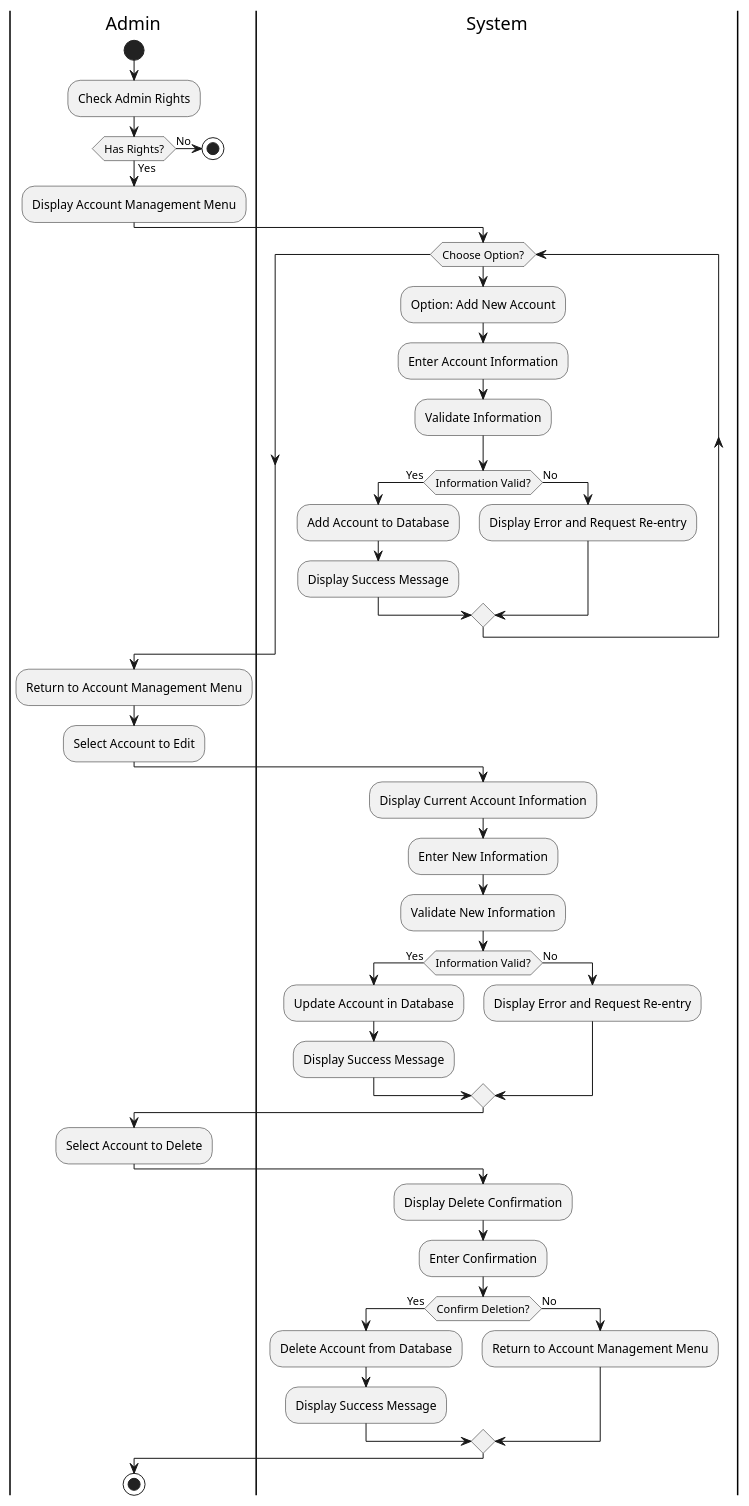
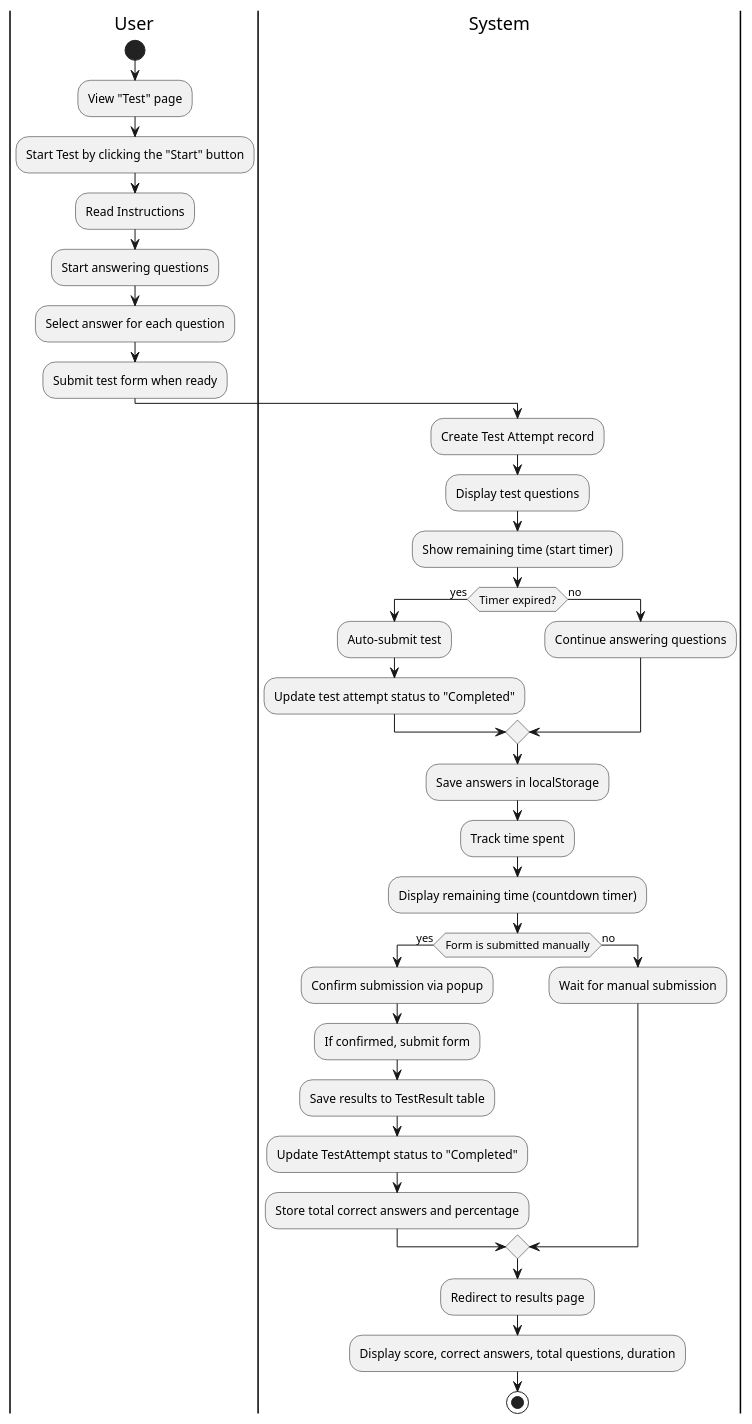
The diagram in activitiDiagram/login_and_register.puml (LyThanhHao/Final_Project), drawn with PlantUML before and after one commit. The commit also changed 68 other files, not shown here.

```diff
--- a/activitiDiagram/login_and_register.puml
+++ b/activitiDiagram/login_and_register.puml
@@ -1,48 +1,41 @@
 @startuml
-|Admin|
+|User|
 start
-:Check Admin Rights;
-if (Has Rights?) then (Yes)
-    :Display Account Management Menu;
-    |System|
-    while (Choose Option?)
-        :Option: Add New Account;
-        :Enter Account Information;
-        :Validate Information;
-        if (Information Valid?) then (Yes)
-            :Add Account to Database;
-            :Display Success Message;
-        else (No)
-            :Display Error and Request Re-entry;
-        endif
-    endwhile
-    |Admin|
-else (No)
-    stop
+:View "Test" page;
+:Start Test by clicking the "Start" button;
+:Read Instructions;
+:Start answering questions;
+:Select answer for each question;
+:Submit test form when ready;
+
+|System|
+:Create Test Attempt record;
+:Display test questions;
+:Show remaining time (start timer);
+
+if (Timer expired?) then (yes)
+  :Auto-submit test;
+  :Update test attempt status to "Completed";
+else (no)
+  :Continue answering questions;
 endif
-:Return to Account Management Menu;
-:Select Account to Edit;
-|System|
-:Display Current Account Information;
-:Enter New Information;
-:Validate New Information;
-if (Information Valid?) then (Yes)
-    :Update Account in Database;
-    :Display Success Message;
-else (No)
-    :Display Error and Request Re-entry;
+
+:Save answers in localStorage;
+:Track time spent;
+:Display remaining time (countdown timer);
+
+if (Form is submitted manually) then (yes)
+  :Confirm submission via popup;
+  :If confirmed, submit form;
+  :Save results to TestResult table;
+  :Update TestAttempt status to "Completed";
+  :Store total correct answers and percentage;
+else (no)
+  :Wait for manual submission;
 endif
-|Admin|
-:Select Account to Delete;
-|System|
-:Display Delete Confirmation;
-:Enter Confirmation;
-if (Confirm Deletion?) then (Yes)
-    :Delete Account from Database;
-    :Display Success Message;
-else (No)
-    :Return to Account Management Menu;
-endif
-|Admin|
+
+:Redirect to results page;
+:Display score, correct answers, total questions, duration;
+
 stop
 @enduml
```
